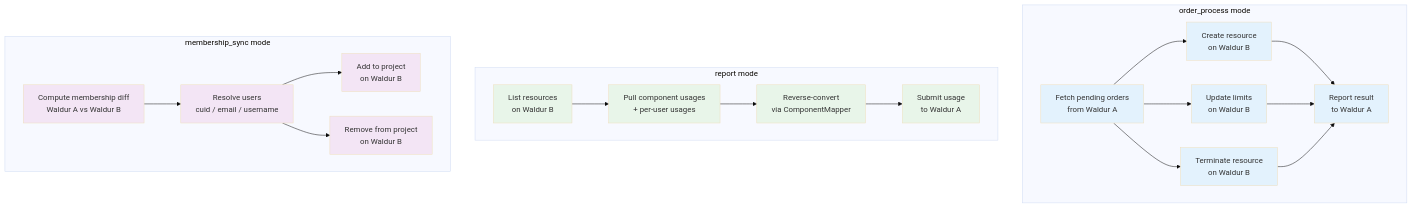
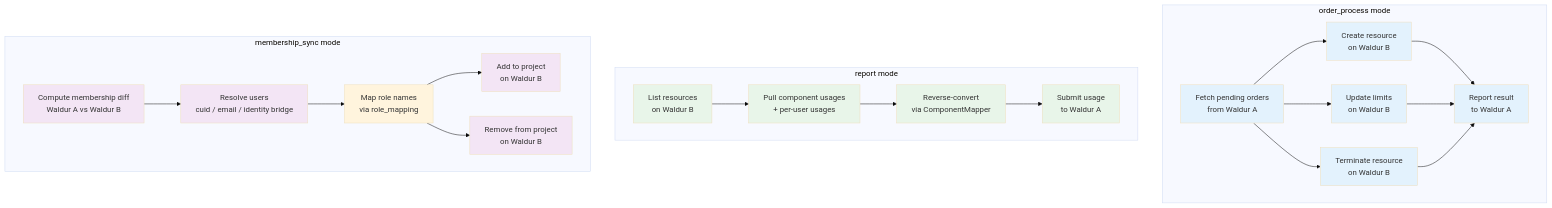
Before and after one commit to waldur/waldur-site-agent: the tenth of 10 diagrams in plugins/waldur/README.md, drawn with Mermaid (base theme). The commit also changed other lines of this file and 17 other files, not shown here.

````diff
--- a/plugins/waldur/README.md
+++ b/plugins/waldur/README.md
@@ -583,45 +596,47 @@
 ```mermaid
 graph TB
     subgraph "order_process mode"
         OP_FETCH[Fetch pending orders<br/>from Waldur A]
         OP_CREATE[Create resource<br/>on Waldur B]
         OP_UPDATE[Update limits<br/>on Waldur B]
         OP_DELETE[Terminate resource<br/>on Waldur B]
         OP_REPORT[Report result<br/>to Waldur A]
 
         OP_FETCH --> OP_CREATE
         OP_FETCH --> OP_UPDATE
         OP_FETCH --> OP_DELETE
         OP_CREATE --> OP_REPORT
         OP_UPDATE --> OP_REPORT
         OP_DELETE --> OP_REPORT
     end
 
     subgraph "report mode"
         R_LIST[List resources<br/>on Waldur B]
         R_PULL[Pull component usages<br/>+ per-user usages]
         R_CONVERT[Reverse-convert<br/>via ComponentMapper]
         R_SUBMIT[Submit usage<br/>to Waldur A]
 
         R_LIST --> R_PULL --> R_CONVERT --> R_SUBMIT
     end
 
     subgraph "membership_sync mode"
         M_DIFF[Compute membership diff<br/>Waldur A vs Waldur B]
-        M_RESOLVE[Resolve users<br/>cuid / email / username]
+        M_RESOLVE[Resolve users<br/>cuid / email / identity bridge]
+        M_MAP[Map role names<br/>via role_mapping]
         M_ADD[Add to project<br/>on Waldur B]
         M_REMOVE[Remove from project<br/>on Waldur B]
 
         M_DIFF --> M_RESOLVE
-        M_RESOLVE --> M_ADD
-        M_RESOLVE --> M_REMOVE
+        M_RESOLVE --> M_MAP
+        M_MAP --> M_ADD
+        M_MAP --> M_REMOVE
     end
 
     classDef orderMode fill:#e3f2fd
     classDef reportMode fill:#e8f5e9
     classDef memberMode fill:#f3e5f5
 
     class OP_FETCH,OP_CREATE,OP_UPDATE,OP_DELETE,OP_REPORT orderMode
     class R_LIST,R_PULL,R_CONVERT,R_SUBMIT reportMode
     class M_DIFF,M_RESOLVE,M_ADD,M_REMOVE memberMode
 ```
````
